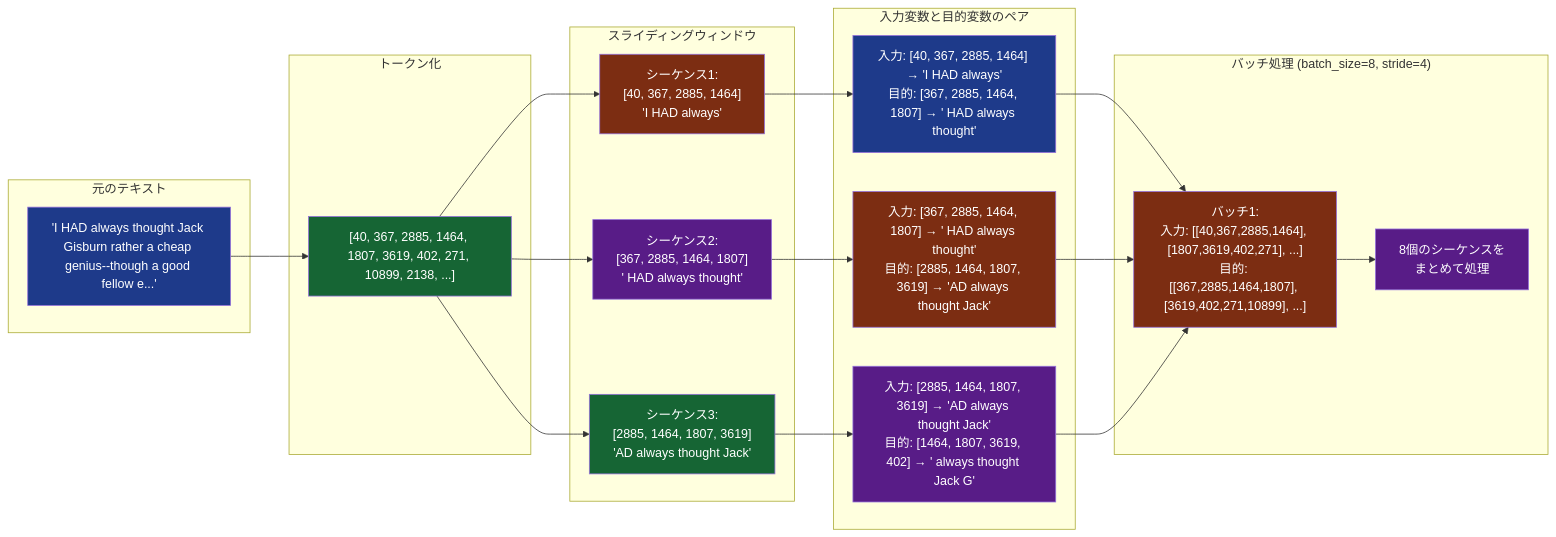
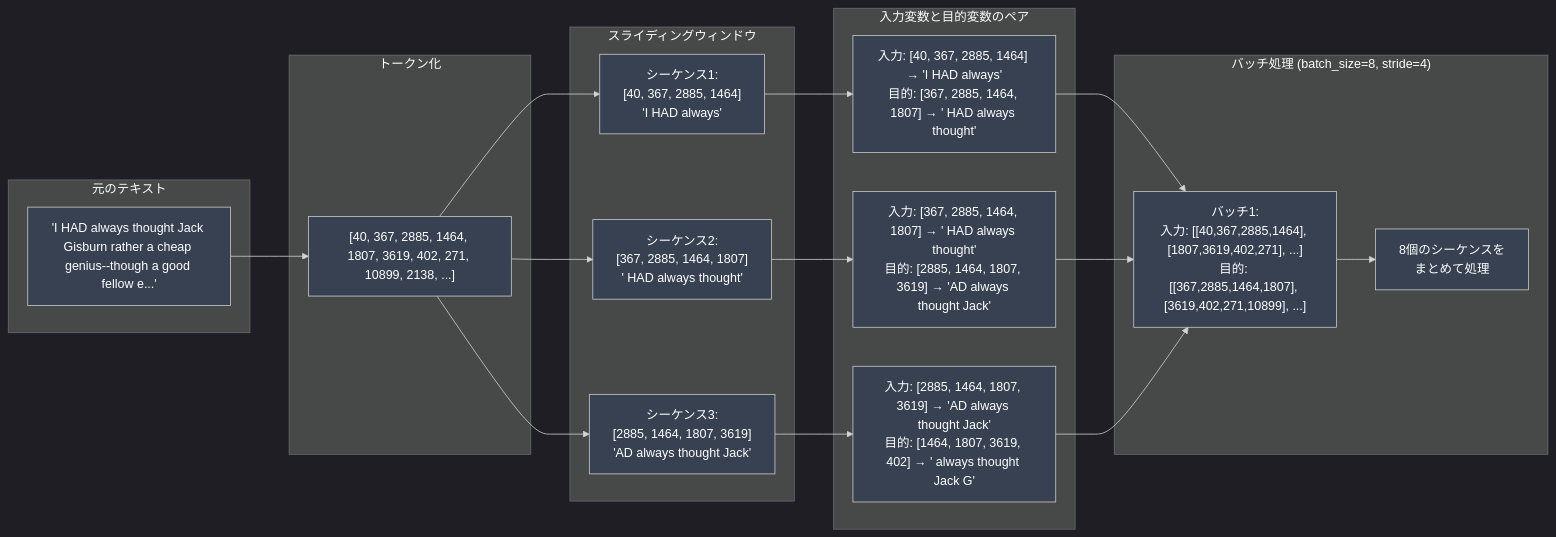
The second of 2 diagrams in README.md (HayatoKudou/LLM-Tukuttemita), drawn with Mermaid before and after one commit. The commit also changed other lines of this file, not shown here.

````diff
--- a/README.md
+++ b/README.md
@@ -160,50 +161,51 @@
 ```mermaid
+%%{init: {'theme':'dark'}}%%
 flowchart LR
  subgraph s1["元のテキスト"]
         A1@{ label: "'I HAD always thought Jack Gisburn rather a cheap genius--though a good fellow e...'" }
   end
  subgraph s2["トークン化"]
         B1["[40, 367, 2885, 1464, 1807, 3619, 402, 271, 10899, 2138, ...]"]
   end
  subgraph subGraph2["スライディングウィンドウ"]
         C1@{ label: "シーケンス1:<br>[40, 367, 2885, 1464]<br>'I HAD always'" }
         C2@{ label: "シーケンス2:<br>[367, 2885, 1464, 1807]<br>' HAD always thought'" }
         C3@{ label: "シーケンス3:<br>[2885, 1464, 1807, 3619]<br>'AD always thought Jack'" }
   end
  subgraph s3["入力変数と目的変数のペア"]
         D1@{ label: "入力: [40, 367, 2885, 1464] → 'I HAD always'<br>目的: [367, 2885, 1464, 1807] → ' HAD always thought'" }
         D2@{ label: "入力: [367, 2885, 1464, 1807] → ' HAD always thought'<br>目的: [2885, 1464, 1807, 3619] → 'AD always thought Jack'" }
         D3@{ label: "入力: [2885, 1464, 1807, 3619] → 'AD always thought Jack'<br>目的: [1464, 1807, 3619, 402] → ' always thought Jack G'" }
   end
  subgraph subGraph4["バッチ処理 (batch_size=8, stride=4)"]
         E1["バッチ1:<br>入力: [[40,367,2885,1464], [1807,3619,402,271], ...]<br>目的: [[367,2885,1464,1807], [3619,402,271,10899], ...]"]
         E2["8個のシーケンスを<br>まとめて処理"]
   end
     A1 --> B1
     B1 --> C1 & C2 & C3
     C1 --> D1
     C2 --> D2
     C3 --> D3
     D1 --> E1
     D2 --> E1
     D3 --> E1
     E1 --> E2
 
     A1@{ shape: rect}
     C1@{ shape: rect}
     C2@{ shape: rect}
     C3@{ shape: rect}
     D1@{ shape: rect}
     D2@{ shape: rect}
     D3@{ shape: rect}
-    style A1 fill:#1e3a8a,color:#ffffff
-    style B1 fill:#166534,color:#ffffff
-    style C1 fill:#7c2d12,color:#ffffff
-    style C2 fill:#581c87,color:#ffffff
-    style C3 fill:#166534,color:#ffffff
-    style D1 fill:#1e3a8a,color:#ffffff
-    style D2 fill:#7c2d12,color:#ffffff
-    style D3 fill:#581c87,color:#ffffff
-    style E1 fill:#7c2d12,color:#ffffff
-    style E2 fill:#581c87,color:#ffffff
+    style A1 fill:#374151,color:#ffffff
+    style B1 fill:#374151,color:#ffffff
+    style C1 fill:#374151,color:#ffffff
+    style C2 fill:#374151,color:#ffffff
+    style C3 fill:#374151,color:#ffffff
+    style D1 fill:#374151,color:#ffffff
+    style D2 fill:#374151,color:#ffffff
+    style D3 fill:#374151,color:#ffffff
+    style E1 fill:#374151,color:#ffffff
+    style E2 fill:#374151,color:#ffffff
 ```
````
